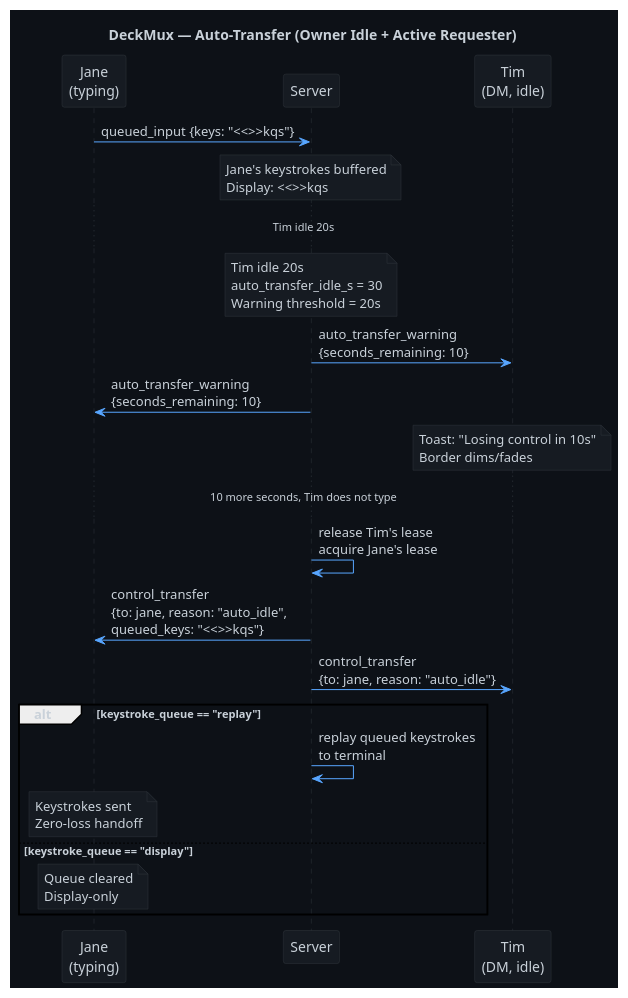
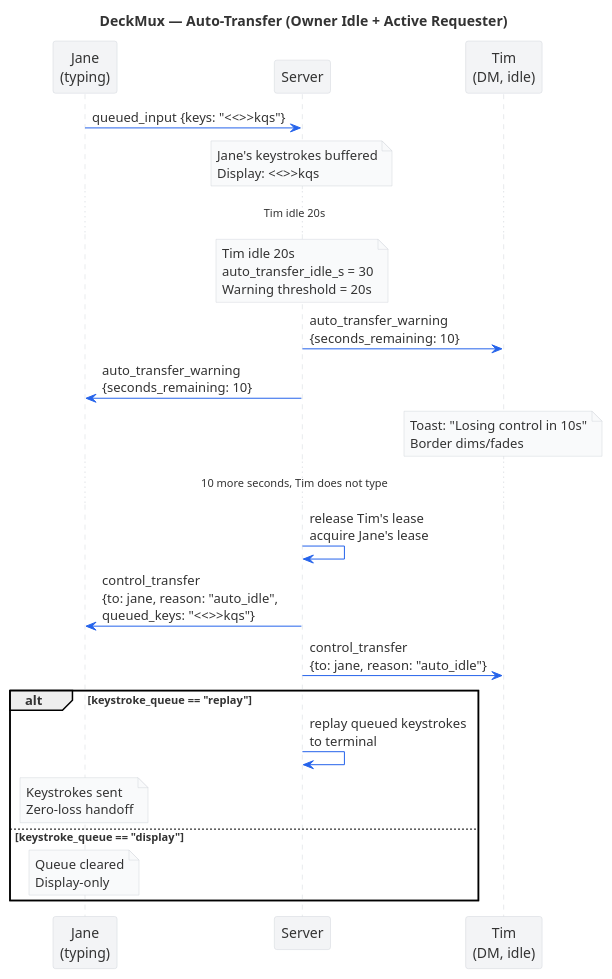
The diagram in packages/undef-deckmux/docs/diagrams/auto-transfer.puml (undef-games/undef-terminal), drawn with PlantUML before and after one commit. The commit also changed 37 other files, not shown here.

First line of the commit message:
feat(deckmux): TermHub integration, light theme diagrams, type safety

```diff
--- a/packages/undef-deckmux/docs/diagrams/auto-transfer.puml
+++ b/packages/undef-deckmux/docs/diagrams/auto-transfer.puml
@@ -4,41 +4,41 @@
 @startuml auto-transfer
 title DeckMux — Auto-Transfer (Owner Idle + Active Requester)
 
-skinparam backgroundColor #0d1117
-skinparam defaultFontColor #c9d1d9
-skinparam sequenceArrowColor #58a6ff
-skinparam sequenceLifeLineBorderColor #30363d
-skinparam sequenceParticipantBorderColor #30363d
-skinparam sequenceParticipantBackgroundColor #161b22
-skinparam noteBorderColor #30363d
-skinparam noteBackgroundColor #161b22
+skinparam backgroundColor #ffffff
+skinparam defaultFontColor #333333
+skinparam sequenceArrowColor #2563eb
+skinparam sequenceLifeLineBorderColor #d1d5db
+skinparam sequenceParticipantBorderColor #d1d5db
+skinparam sequenceParticipantBackgroundColor #f3f4f6
+skinparam noteBorderColor #d1d5db
+skinparam noteBackgroundColor #f9fafb
 
 participant "Jane\n(typing)" as J
 participant "Server" as S
 participant "Tim\n(DM, idle)" as T
 
 J -> S: queued_input {keys: "<<>>kqs"}
 note over S: Jane's keystrokes buffered\nDisplay: <<>>kqs
 
 ... Tim idle 20s ...
 
 note over S: Tim idle 20s\nauto_transfer_idle_s = 30\nWarning threshold = 20s
 
 S -> T: auto_transfer_warning\n{seconds_remaining: 10}
 S -> J: auto_transfer_warning\n{seconds_remaining: 10}
 note over T: Toast: "Losing control in 10s"\nBorder dims/fades
 
 ... 10 more seconds, Tim does not type ...
 
 S -> S: release Tim's lease\nacquire Jane's lease
 S -> J: control_transfer\n{to: jane, reason: "auto_idle",\nqueued_keys: "<<>>kqs"}
 S -> T: control_transfer\n{to: jane, reason: "auto_idle"}
 
 alt keystroke_queue == "replay"
   S -> S: replay queued keystrokes\nto terminal
   note over J: Keystrokes sent\nZero-loss handoff
 else keystroke_queue == "display"
   note over J: Queue cleared\nDisplay-only
 end
 
 @enduml
```
